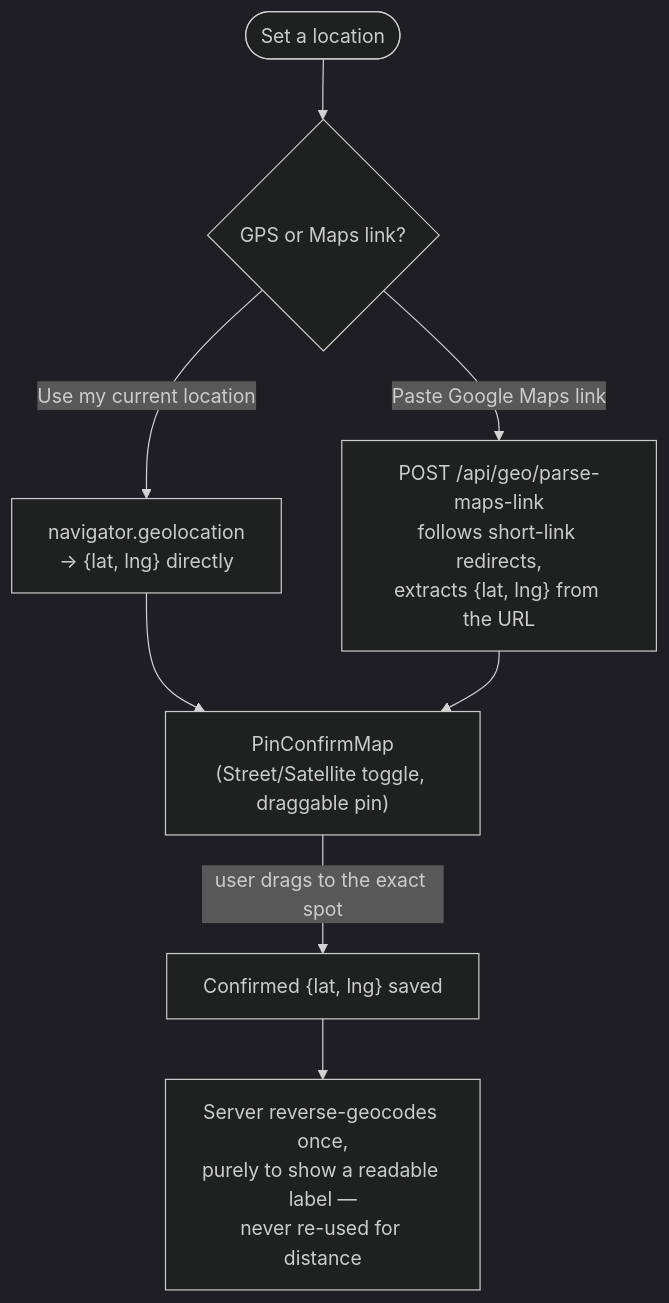
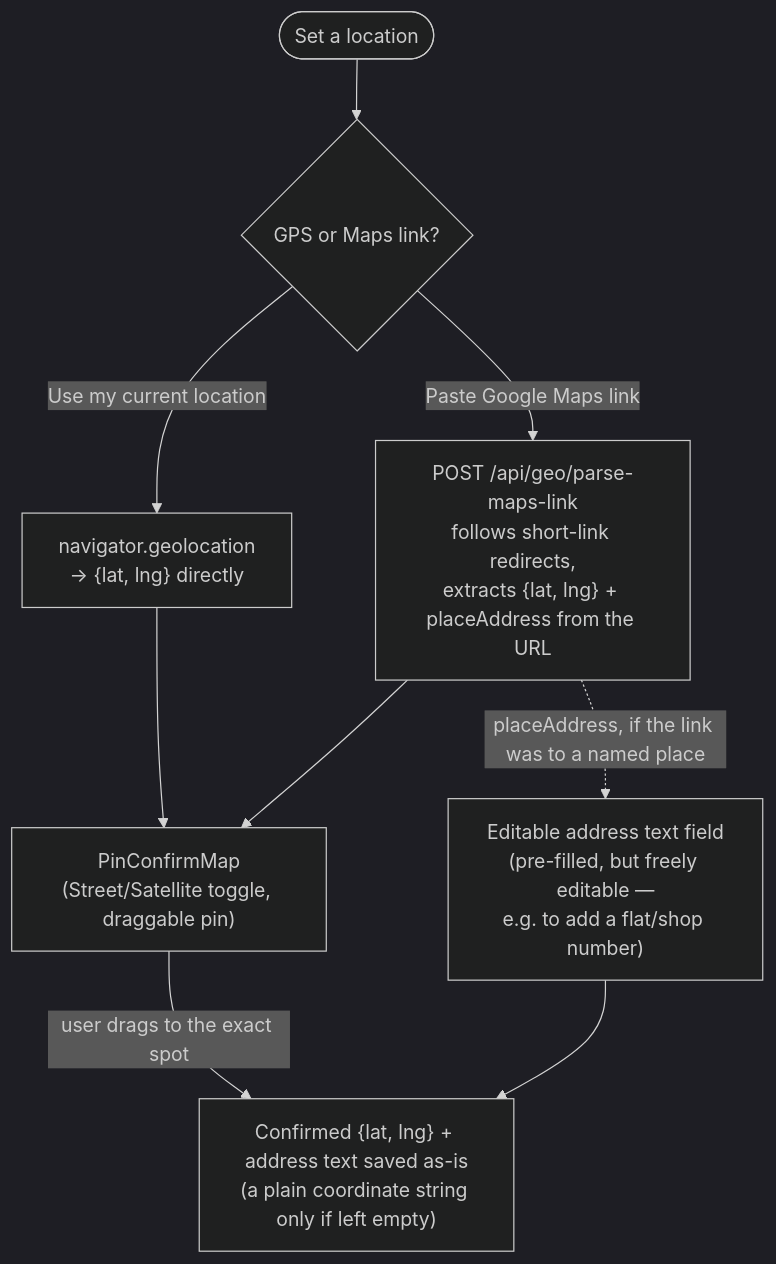
Before and after one commit to titoo9201/ZomaFeeds: the fourth of 6 diagrams in README.md, drawn with Mermaid (dark theme). The commit also changed other lines of this file and 13 other files, not shown here.

Commit message:
fixing address field issue

````diff
--- a/README.md
+++ b/README.md
@@ -386,10 +387,11 @@
 ```mermaid
 flowchart TD
     Start(["Set a location"]) --> Method{"GPS or Maps link?"}
     Method -->|"Use my current location"| GPS["navigator.geolocation<br/>→ {lat, lng} directly"]
-    Method -->|"Paste Google Maps link"| Link["POST /api/geo/parse-maps-link<br/>follows short-link redirects,<br/>extracts {lat, lng} from the URL"]
+    Method -->|"Paste Google Maps link"| Link["POST /api/geo/parse-maps-link<br/>follows short-link redirects,<br/>extracts {lat, lng} + placeAddress from the URL"]
     GPS --> Pin["PinConfirmMap<br/>(Street/Satellite toggle, draggable pin)"]
     Link --> Pin
-    Pin -->|"user drags to the exact spot"| Confirmed["Confirmed {lat, lng} saved"]
-    Confirmed --> Label["Server reverse-geocodes once,<br/>purely to show a readable label —<br/>never re-used for distance"]
+    Link -.->|"placeAddress, if the link was to a named place"| AddrField["Editable address text field<br/>(pre-filled, but freely editable —<br/>e.g. to add a flat/shop number)"]
+    Pin -->|"user drags to the exact spot"| Confirmed["Confirmed {lat, lng} + address text saved as-is<br/>(a plain coordinate string only if left empty)"]
+    AddrField --> Confirmed
 ```
````
